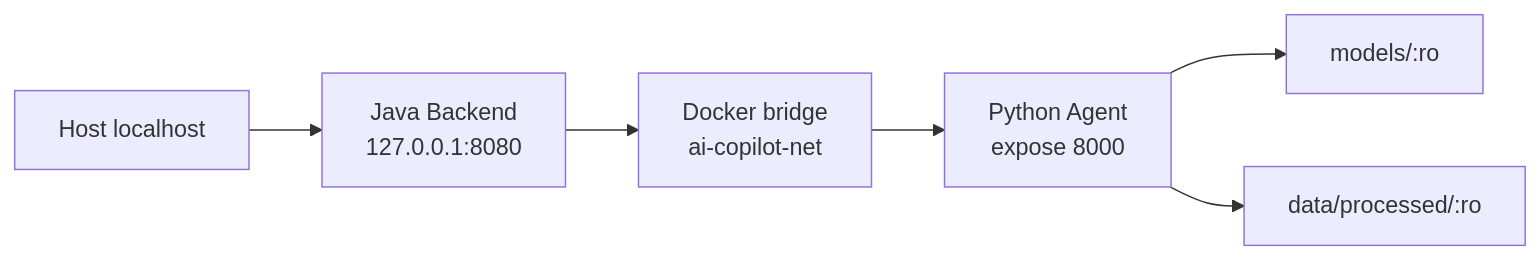
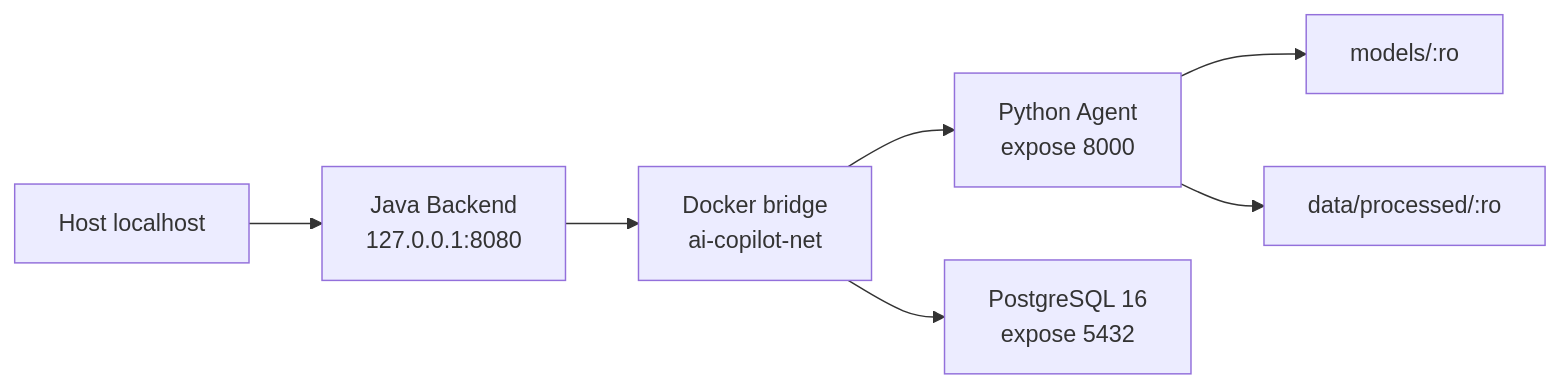
Before and after one commit to izz-BLUE/enterprise-ai-copilot: the second of 2 diagrams in docs/deployment.md, drawn with Mermaid. The commit also changed other lines of this file and 3 other files, not shown here.

Commit message:
docs(actions): document PostgreSQL persistence and recovery

````diff
--- a/docs/deployment.md
+++ b/docs/deployment.md
@@ -197,8 +197,9 @@
 ```mermaid
 graph LR
     H[Host localhost] --> J[Java Backend<br/>127.0.0.1:8080]
     J --> N[Docker bridge<br/>ai-copilot-net]
     N --> P[Python Agent<br/>expose 8000]
+    N --> PG[PostgreSQL 16<br/>expose 5432]
     P --> M[models/:ro]
     P --> D[data/processed/:ro]
 ```
````
